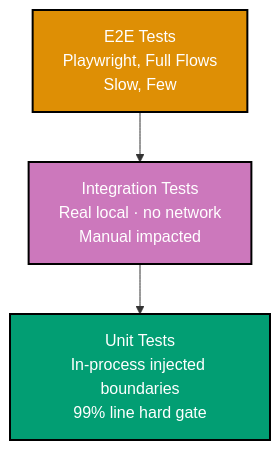
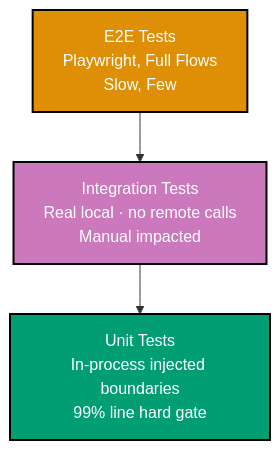
Before and after one commit to wahidyankf/open-sharia-fintech: the second of 4 diagrams in docs/explanation/software-engineering/programming-languages/typescript/test-driven-development.md, drawn with Mermaid. The commit also changed other lines of this file and 44 other files, not shown here.

````diff
--- a/docs/explanation/software-engineering/programming-languages/typescript/test-driven-development.md
+++ b/docs/explanation/software-engineering/programming-languages/typescript/test-driven-development.md
@@ -72,14 +72,14 @@
 ```mermaid
 %% Color Palette: Blue #0173B2, Orange #DE8F05, Teal #029E73, Purple #CC78BC, Brown #CA9161
 graph TB
     A["E2E Tests<br/>Playwright, Full Flows<br/>Slow, Few"]:::orange
-    B["Integration Tests<br/>Real local · no network<br/>Manual impacted"]:::purple
+    B["Integration Tests<br/>Real local · no remote calls<br/>Manual impacted"]:::purple
     C["Unit Tests<br/>In-process injected boundaries<br/>99% line hard gate"]:::teal
 
     A --> B
     B --> C
 
     classDef orange fill:#DE8F05,stroke:#000000,color:#FFFFFF,stroke-width:2px
     classDef purple fill:#CC78BC,stroke:#000000,color:#FFFFFF,stroke-width:2px
     classDef teal fill:#029E73,stroke:#000000,color:#FFFFFF,stroke-width:2px
 ```
````
